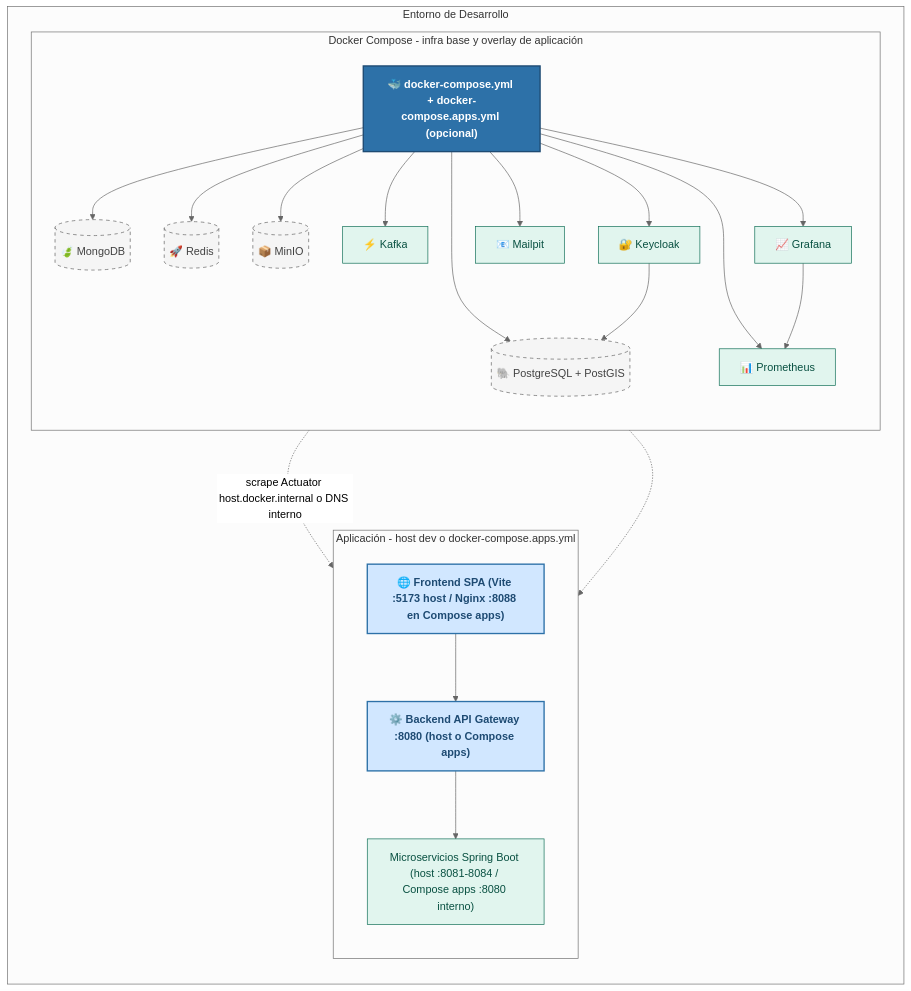
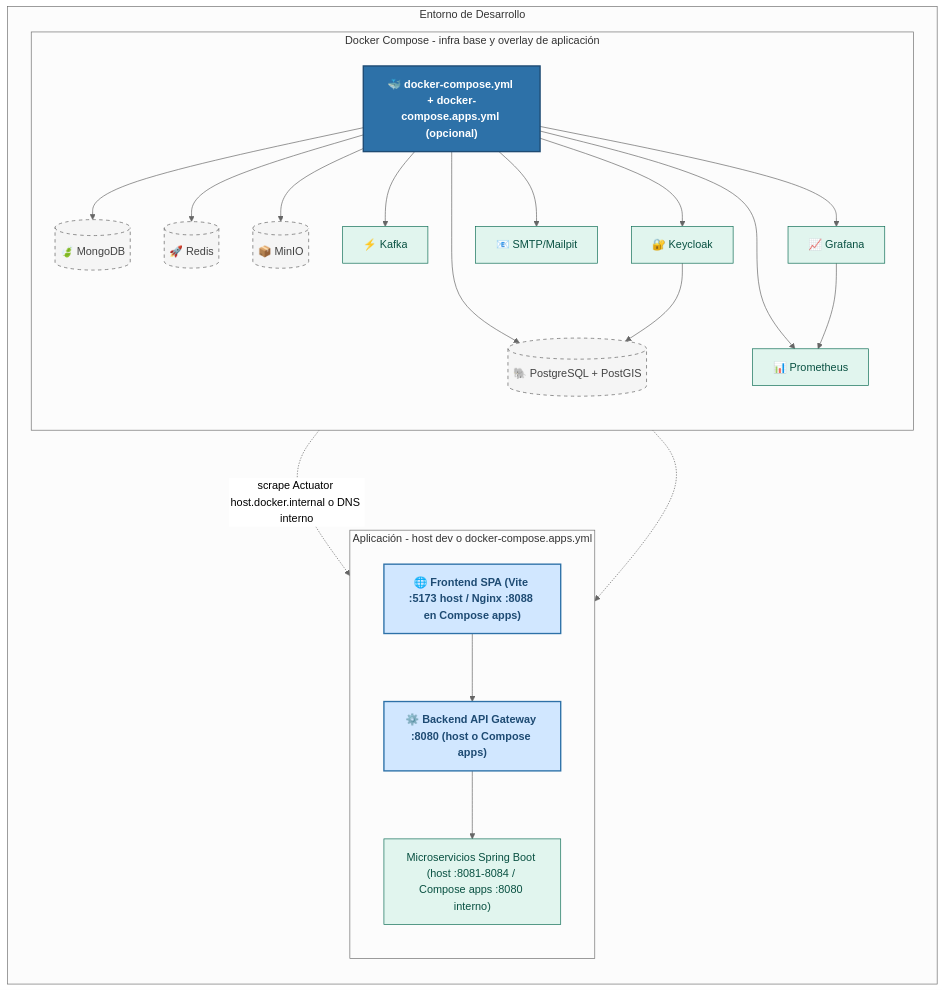
Before and after one commit to ldefrutos1/AI4Devs-finalproject: diagram 13 of 19 in readme.md, drawn with Mermaid (neutral theme). The commit also changed other lines of this file and 6 other files, not shown here.

````diff
--- a/readme.md
+++ b/readme.md
@@ -932,51 +962,51 @@
 ```mermaid
 flowchart TB
     %% --- Estilos (Consistentes con toda la documentación) ---
     classDef orch fill:#2D71A8,stroke:#1E4B73,stroke-width:2px,color:#FFFFFF,font-weight:bold;
     classDef web fill:#D1E7FF,stroke:#2D71A8,stroke-width:2px,color:#1E4B73,font-weight:bold;
     classDef service fill:#E1F5EE,stroke:#0F6E56,stroke-width:1px,color:#085041;
     classDef db fill:#F5F5F5,stroke:#616161,stroke-width:1px,color:#424242,stroke-dasharray: 5 5;
 
     subgraph dev [Entorno de Desarrollo]
         direction TB
 
         subgraph host [Aplicación - host dev o docker-compose.apps.yml]
             direction TB
             SPAh["🌐 Frontend SPA (Vite :5173 host / Nginx :8088 en Compose apps)"]:::web
             GWh["⚙️ Backend API Gateway :8080 (host o Compose apps)"]:::web
             MSh["Microservicios Spring Boot (host :8081-8084 / Compose apps :8080 interno)"]:::service
             SPAh --> GWh
             GWh --> MSh
         end
 
         subgraph compose [Docker Compose - infra base y overlay de aplicación]
             direction TB
             DC["🐳 docker-compose.yml + docker-compose.apps.yml (opcional)"]:::orch
 
             KCd["🔐 Keycloak"]:::service
             Kd["⚡ Kafka"]:::service
-            MPd["📧 Mailpit"]:::service
+            MPd["📧 SMTP/Mailpit"]:::service
             PRd["📊 Prometheus"]:::service
             GRd["📈 Grafana"]:::service
 
             PGd[("🐘 PostgreSQL + PostGIS")]:::db
             MGd[("🍃 MongoDB")]:::db
             Rd[("🚀 Redis")]:::db
             S3d[("📦 MinIO")]:::db
         end
 
         DC --> PGd
         DC --> MGd
         DC --> Rd
         DC --> S3d
         DC --> Kd
         DC --> KCd
         DC --> MPd
         DC --> PRd
         DC --> GRd
         KCd --> PGd
         GRd --> PRd
         PRd -.->|scrape Actuator host.docker.internal o DNS interno| GWh
         PRd -.-> MSh
     end
 ```
````
